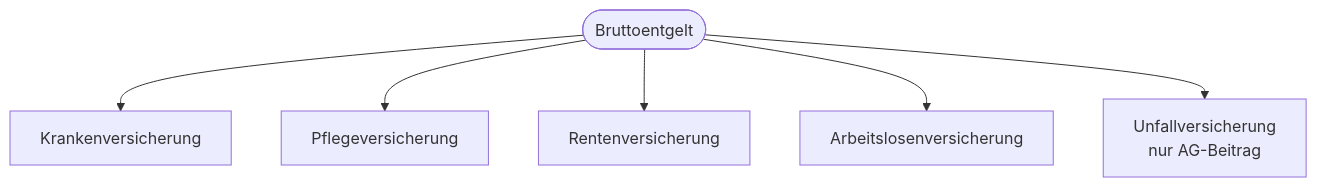
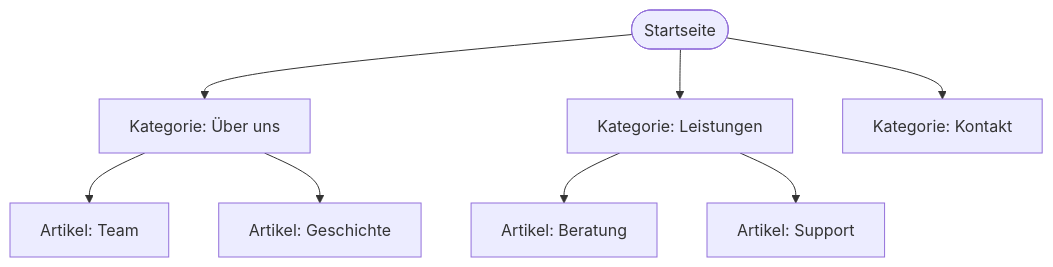
The first of 4 diagrams in docs/content/kapitel5.md (Qualidy/M5.4a-Program-CMS---Install-Konfig-FIAE-), drawn with Mermaid before and after one commit. The commit also changed other lines of this file and 105 other files, not shown here.

````diff
--- a/docs/content/kapitel5.md
+++ b/docs/content/kapitel5.md
@@ -38,8 +40,10 @@
 ```mermaid
 flowchart TD
-    B([Bruttoentgelt]) --> K[Krankenversicherung]
-    B --> P[Pflegeversicherung]
-    B --> R[Rentenversicherung]
-    B --> A[Arbeitslosenversicherung]
-    B --> U[Unfallversicherung\nnur AG-Beitrag]
+    Root([Startseite]) --> K1[Kategorie: Über uns]
+    Root --> K2[Kategorie: Leistungen]
+    Root --> K3[Kategorie: Kontakt]
+    K1 --> A1[Artikel: Team]
+    K1 --> A2[Artikel: Geschichte]
+    K2 --> A3[Artikel: Beratung]
+    K2 --> A4[Artikel: Support]
 ```
````
